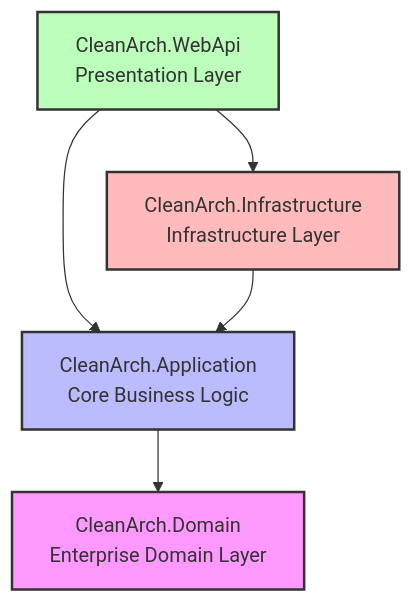
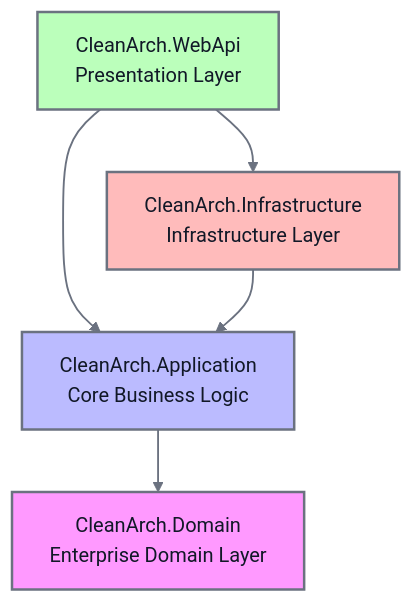
One commit to YellMinNaing-micro/CleanArchitecture.VerticalSlice.Template changed the diagram in README.md. Above: the diagram before and after it, drawn with Mermaid.

````diff
--- a/README.md
+++ b/README.md
@@ -19,13 +19,14 @@
 ```mermaid
 graph TD
     %% Project Layers %%
     WebApi[CleanArch.WebApi<br>Presentation Layer] --> Infrastructure[CleanArch.Infrastructure<br>Infrastructure Layer]
     WebApi --> Application[CleanArch.Application<br>Core Business Logic]
     Infrastructure --> Application
     Application --> Domain[CleanArch.Domain<br>Enterprise Domain Layer]
 
-    style Domain fill:#f9f,stroke:#333,stroke-width:2px
-    style Application fill:#bbf,stroke:#333,stroke-width:2px
-    style Infrastructure fill:#fbb,stroke:#333,stroke-width:2px
-    style WebApi fill:#bfb,stroke:#333,stroke-width:2px
+    style Domain fill:#ff99ff,color:#111827,stroke:#6b7280,stroke-width:2px
+    style Application fill:#bbbbff,color:#111827,stroke:#6b7280,stroke-width:2px
+    style Infrastructure fill:#ffbbbb,color:#111827,stroke:#6b7280,stroke-width:2px
+    style WebApi fill:#bbffbb,color:#111827,stroke:#6b7280,stroke-width:2px
+    linkStyle default stroke:#6b7280,stroke-width:1.5px
 ```
````
